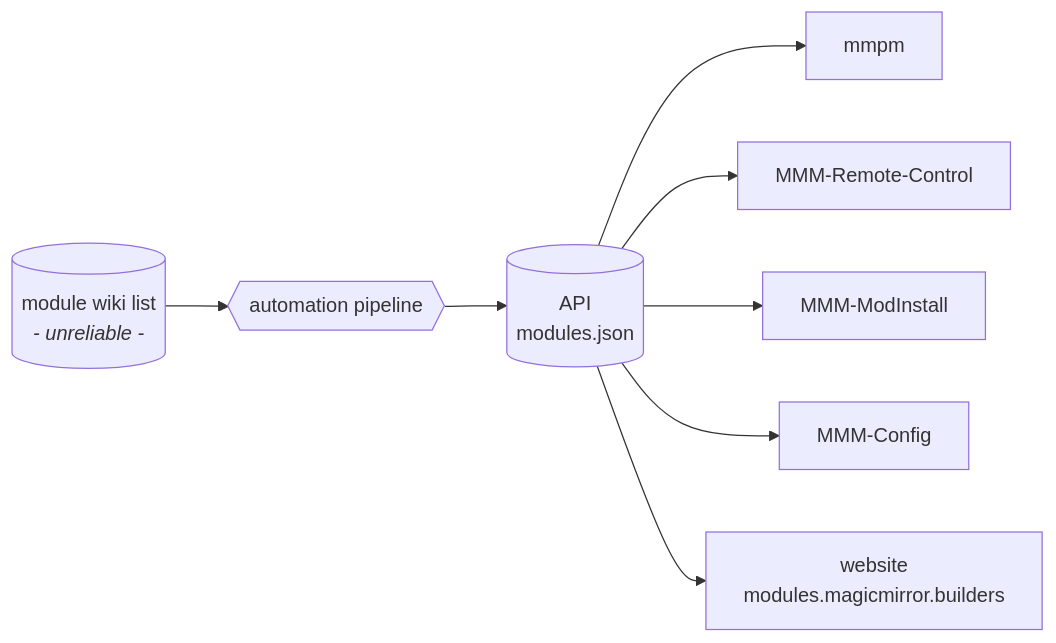
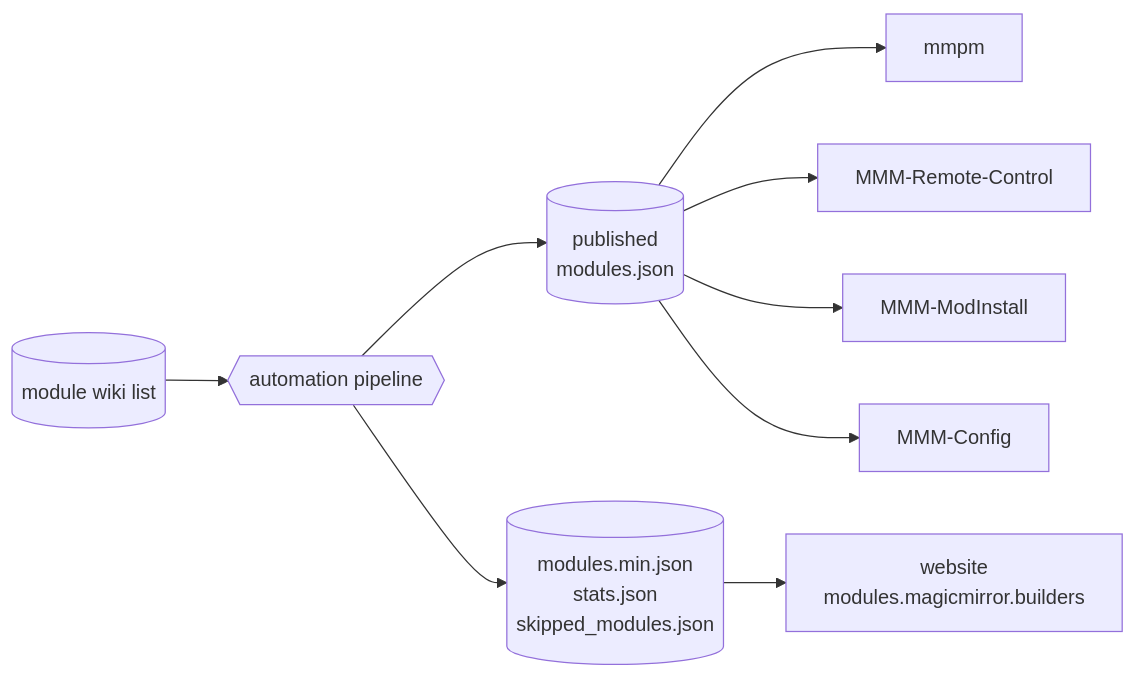
One commit to MagicMirrorOrg/MagicMirror-3rd-Party-Modules changed the second of 3 diagrams in docs/architecture.md. Above: the diagram before and after it, drawn with Mermaid. The commit also changed other lines of this file and 12 other files, not shown here.

````diff
--- a/docs/architecture.md
+++ b/docs/architecture.md
@@ -103,18 +112,19 @@
 ```mermaid
 flowchart LR
-  wiki[(module wiki list<br><i>- unreliable -</i>)]
+  wiki[(module wiki list)]
   pipeline{{automation pipeline}}
-  api[(API<br>modules.json)]
+  api[(published<br>modules.json)]
+  websiteData[(modules.min.json<br>stats.json<br>skipped_modules.json)]
   remote[MMM-Remote-Control]
   modinstall[MMM-ModInstall]
   config[MMM-Config]
   mmpm[mmpm]
   moduleWebsite[website<br>modules.magicmirror.builders]
 
   wiki --> pipeline --> api
+  pipeline --> websiteData --> moduleWebsite
   api --> mmpm
   api --> remote
   api --> modinstall
   api --> config
-  api --> moduleWebsite
 ```
````
